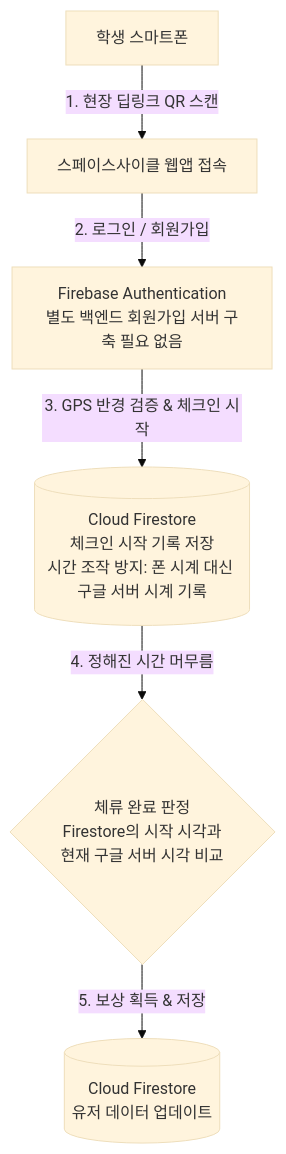
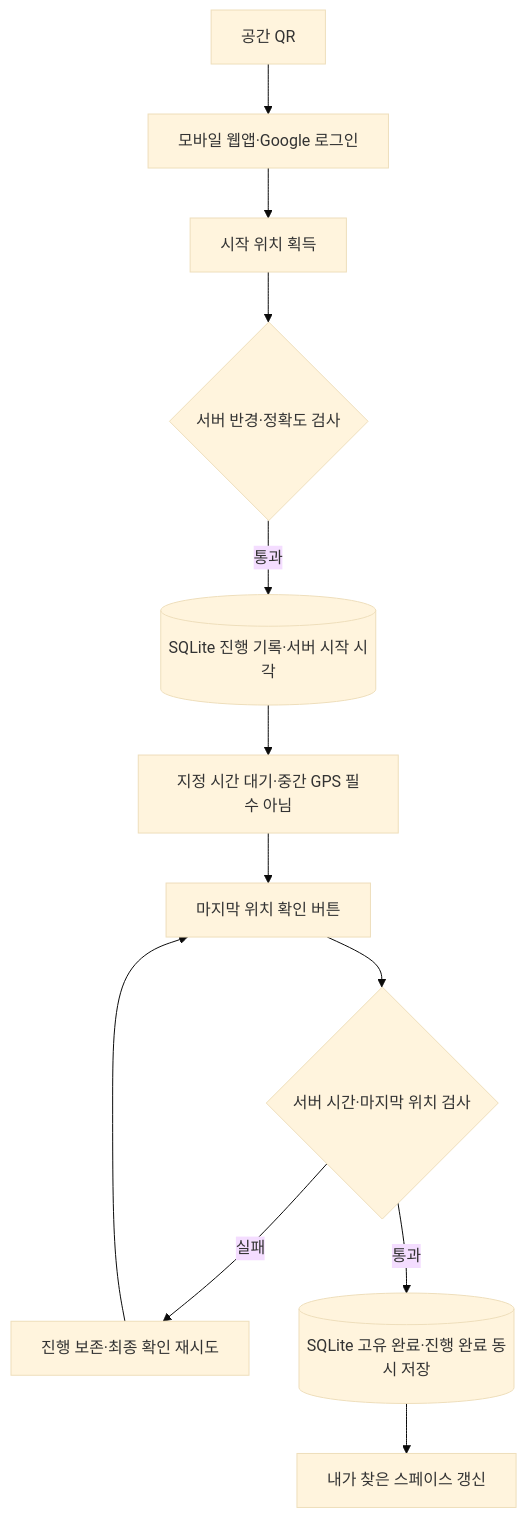
One commit to MirDraco/space-cycle changed the diagram in README.md. Above: the diagram before and after it, drawn with Mermaid (base theme). The commit also changed other lines of this file and 26 other files, not shown here.

````diff
--- a/README.md
+++ b/README.md
@@ -69,8 +108,14 @@
 ```mermaid
 flowchart TD
-    A[학생 스마트폰] -->|1. 현장 딥링크 QR 스캔| B[스페이스사이클 웹앱 접속]
-    B -->|2. 로그인 / 회원가입| C["Firebase Authentication<br/>별도 백엔드 회원가입 서버 구축 필요 없음"]
-    C -->|3. GPS 반경 검증 & 체크인 시작| D[("Cloud Firestore<br/>체크인 시작 기록 저장<br/>시간 조작 방지: 폰 시계 대신 구글 서버 시계 기록")]
-    D -->|4. 정해진 시간 머무름| E{"체류 완료 판정<br/>Firestore의 시작 시각과<br/>현재 구글 서버 시각 비교"}
-    E -->|5. 보상 획득 & 저장| F[("Cloud Firestore<br/>유저 데이터 업데이트")]
+    A[공간 QR] --> B[모바일 웹앱·Google 로그인]
+    B --> C[시작 위치 획득]
+    C --> D{서버 반경·정확도 검사}
+    D -->|통과| E[(SQLite 진행 기록·서버 시작 시각)]
+    E --> F[지정 시간 대기·중간 GPS 필수 아님]
+    F --> G[마지막 위치 확인 버튼]
+    G --> H{서버 시간·마지막 위치 검사}
+    H -->|실패| I[진행 보존·최종 확인 재시도]
+    I --> G
+    H -->|통과| J[(SQLite 고유 완료·진행 완료 동시 저장)]
+    J --> K[내가 찾은 스페이스 갱신]
 ```
````
